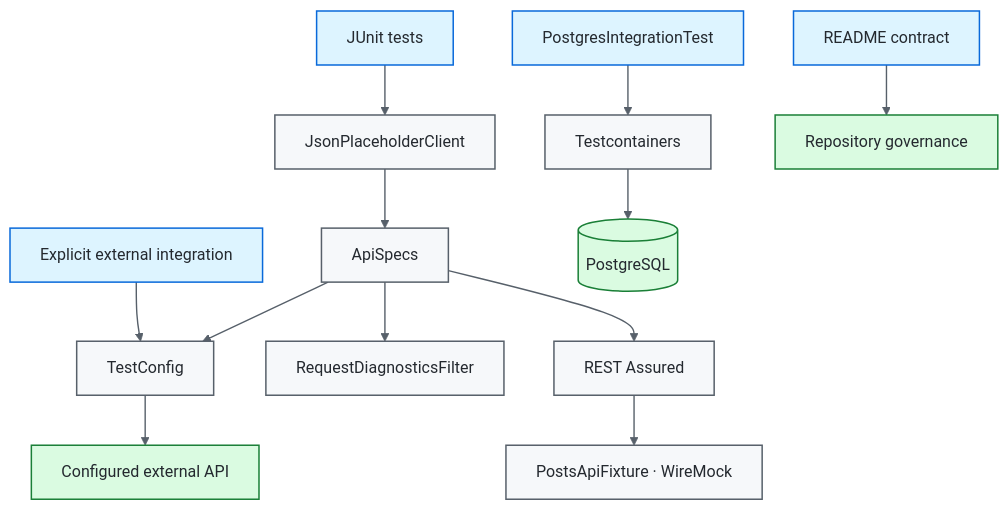
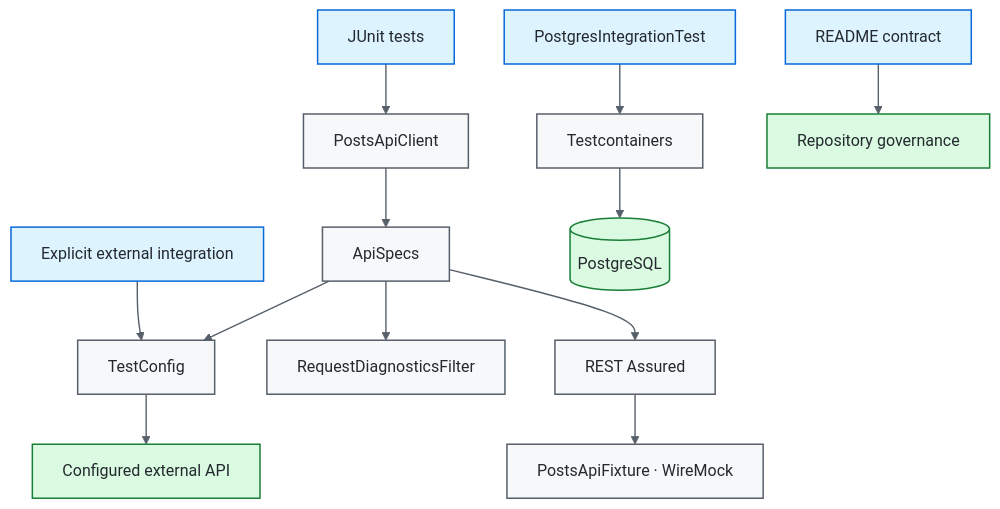
One commit to portyu9/qa-automation-java-restassured changed the first of 2 diagrams in README.md. Above: the diagram before and after it, drawn with Mermaid. The commit also changed other lines of this file and 5 other files, not shown here.

First line of the commit message:
Neutralize stale provider-specific API client terminology (#18)

````diff
--- a/README.md
+++ b/README.md
@@ -42,22 +42,22 @@
 ```mermaid
 flowchart TD
-    J[JUnit tests] --> CLIENT[JsonPlaceholderClient]
+    J[JUnit tests] --> CLIENT[PostsApiClient]
     CLIENT --> SPEC[ApiSpecs]
     SPEC --> CFG[TestConfig]
     SPEC --> FILTER[RequestDiagnosticsFilter]
     SPEC --> RA[REST Assured]
     RA --> WM[PostsApiFixture · WireMock]
     EXT[Explicit external integration] --> CFG
     CFG --> API[Configured external API]
     DB[PostgresIntegrationTest] --> TC[Testcontainers]
     TC --> PG[(PostgreSQL)]
     DOCS[README contract] --> GOVERN[Repository governance]
 
     classDef entry fill:#ddf4ff,stroke:#0969da,color:#24292f,stroke-width:1.5px;
     classDef core fill:#f6f8fa,stroke:#57606a,color:#24292f,stroke-width:1.5px;
     classDef evidence fill:#dafbe1,stroke:#1a7f37,color:#24292f,stroke-width:1.5px;
     class J,EXT,DB,DOCS entry;
     class CLIENT,SPEC,CFG,FILTER,RA,WM,TC core;
     class API,PG,GOVERN evidence;
     linkStyle default stroke:#57606a,stroke-width:1.4px;
 ```
````
